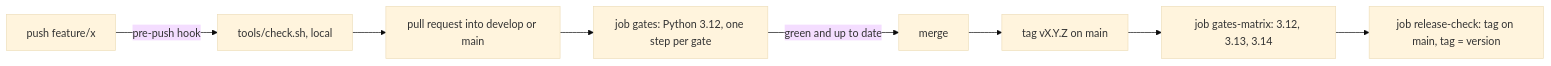
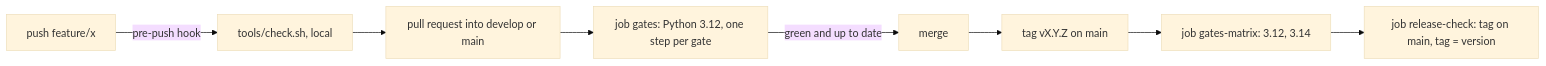
Before and after one commit to peddanet/scanbench: the diagram in docs/developer/ci.md, drawn with Mermaid (base theme). The commit also changed other lines of this file and 3 other files, not shown here.

```diff
--- a/docs/developer/ci.md
+++ b/docs/developer/ci.md
@@ -10,10 +10,10 @@
 ~~~mermaid
 flowchart LR
   F[push feature/x] -->|pre-push hook| L[tools/check.sh, local]
   L --> PR[pull request into develop or main]
   PR --> G["job gates: Python 3.12, one step per gate"]
   G -->|green and up to date| M[merge]
   M --> T[tag vX.Y.Z on main]
-  T --> GM["job gates-matrix: 3.12, 3.13, 3.14"]
+  T --> GM["job gates-matrix: 3.12, 3.14"]
   GM --> RC["job release-check: tag on main, tag = version"]
 ~~~
```
